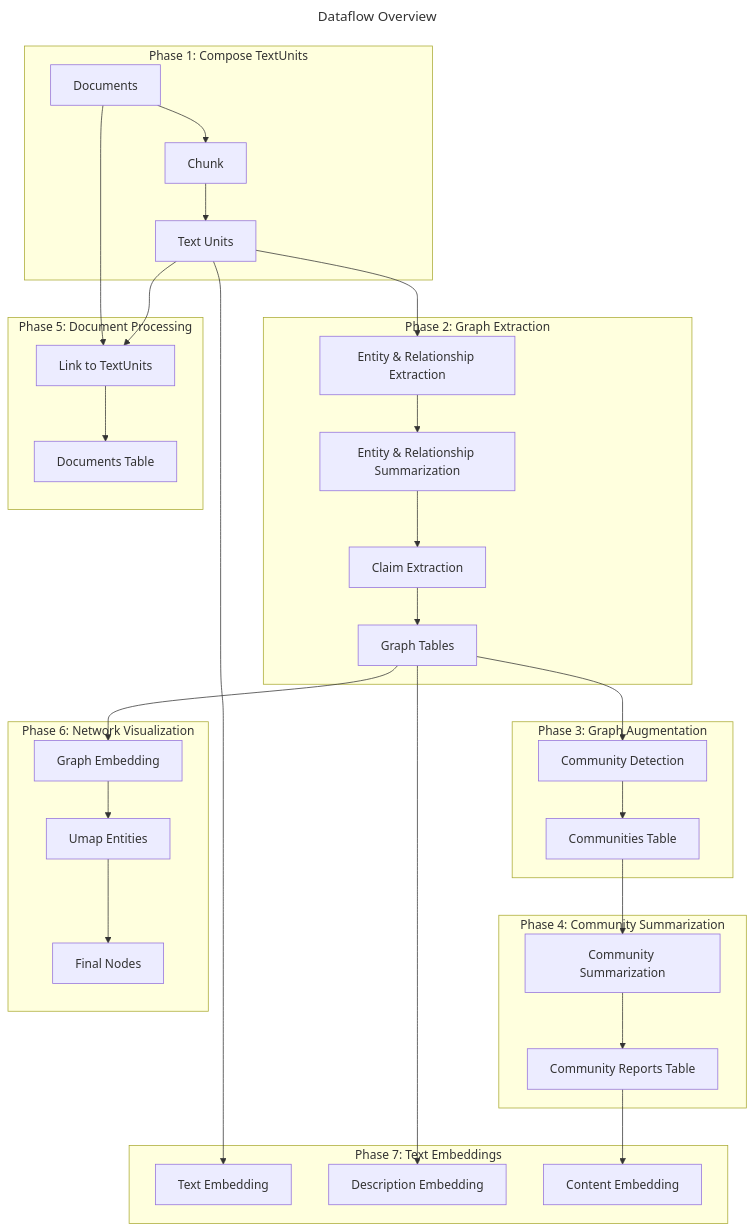
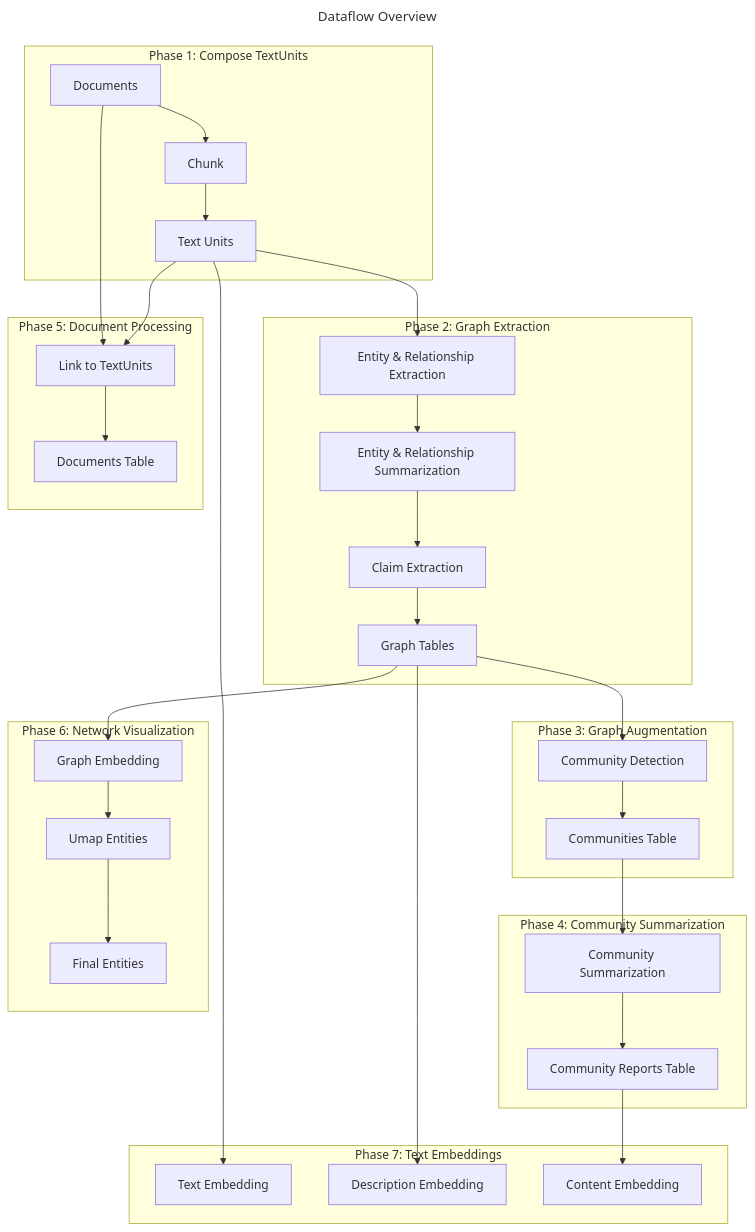
The first of 8 diagrams in docs/index/default_dataflow.md (microsoft/graphrag), drawn with Mermaid before and after one commit. The commit also changed other lines of this file and 2 other files, not shown here.

````diff
--- a/docs/index/default_dataflow.md
+++ b/docs/index/default_dataflow.md
@@ -20,39 +19,39 @@
 ```mermaid
 ---
 title: Dataflow Overview
 ---
 flowchart TB
     subgraph phase1[Phase 1: Compose TextUnits]
     documents[Documents] --> chunk[Chunk]
     chunk --> textUnits[Text Units]
     end
     subgraph phase2[Phase 2: Graph Extraction]
     textUnits --> graph_extract[Entity & Relationship Extraction]
     graph_extract --> graph_summarize[Entity & Relationship Summarization]
     graph_summarize --> claim_extraction[Claim Extraction]
     claim_extraction --> graph_outputs[Graph Tables]
     end
     subgraph phase3[Phase 3: Graph Augmentation]
     graph_outputs --> community_detect[Community Detection]
     community_detect --> community_outputs[Communities Table]
     end
     subgraph phase4[Phase 4: Community Summarization]
     community_outputs --> summarized_communities[Community Summarization]
     summarized_communities --> community_report_outputs[Community Reports Table]
     end
     subgraph phase5[Phase 5: Document Processing]
     documents --> link_to_text_units[Link to TextUnits]
     textUnits --> link_to_text_units
     link_to_text_units --> document_outputs[Documents Table]
     end
     subgraph phase6[Phase 6: Network Visualization]
     graph_outputs --> graph_embed[Graph Embedding]
     graph_embed --> umap_entities[Umap Entities]
-    umap_entities --> combine_nodes[Final Nodes]
+    umap_entities --> combine_nodes[Final Entities]
     end
     subgraph phase7[Phase 7: Text Embeddings]
     textUnits --> text_embed[Text Embedding]
     graph_outputs --> description_embed[Description Embedding]
     community_report_outputs --> content_embed[Content Embedding]
     end
 ```
````
